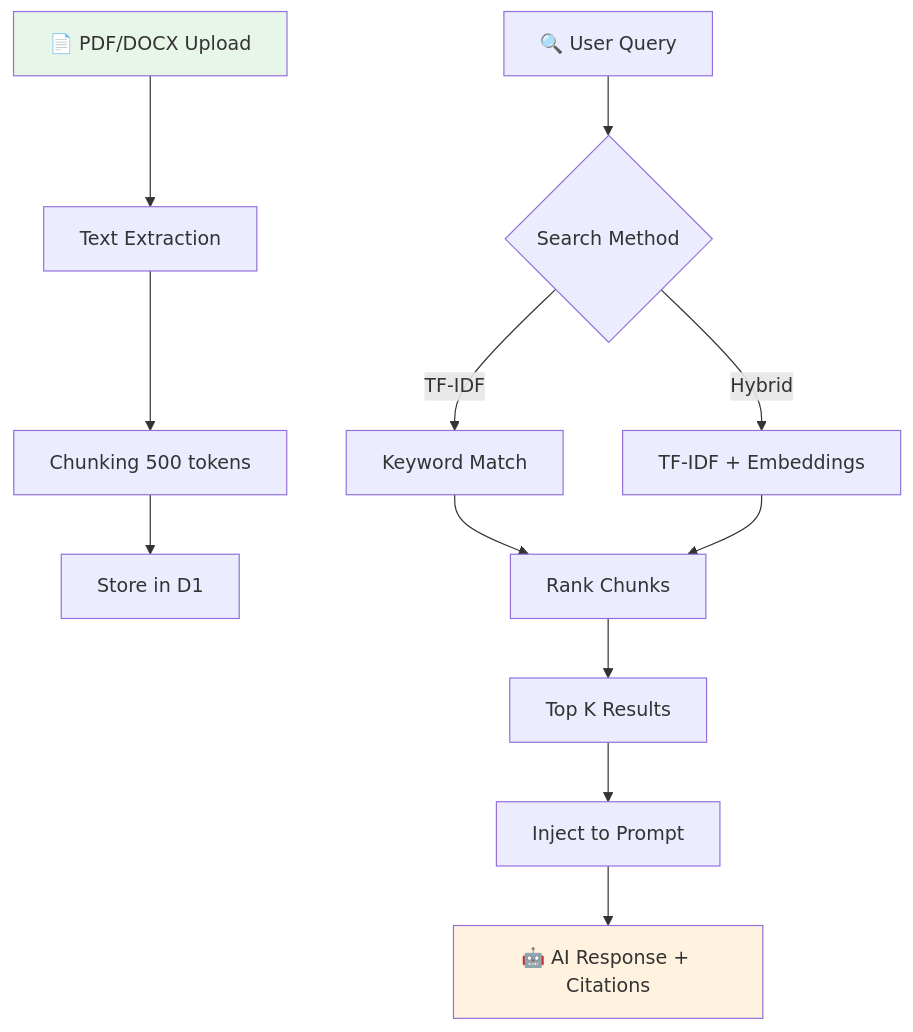
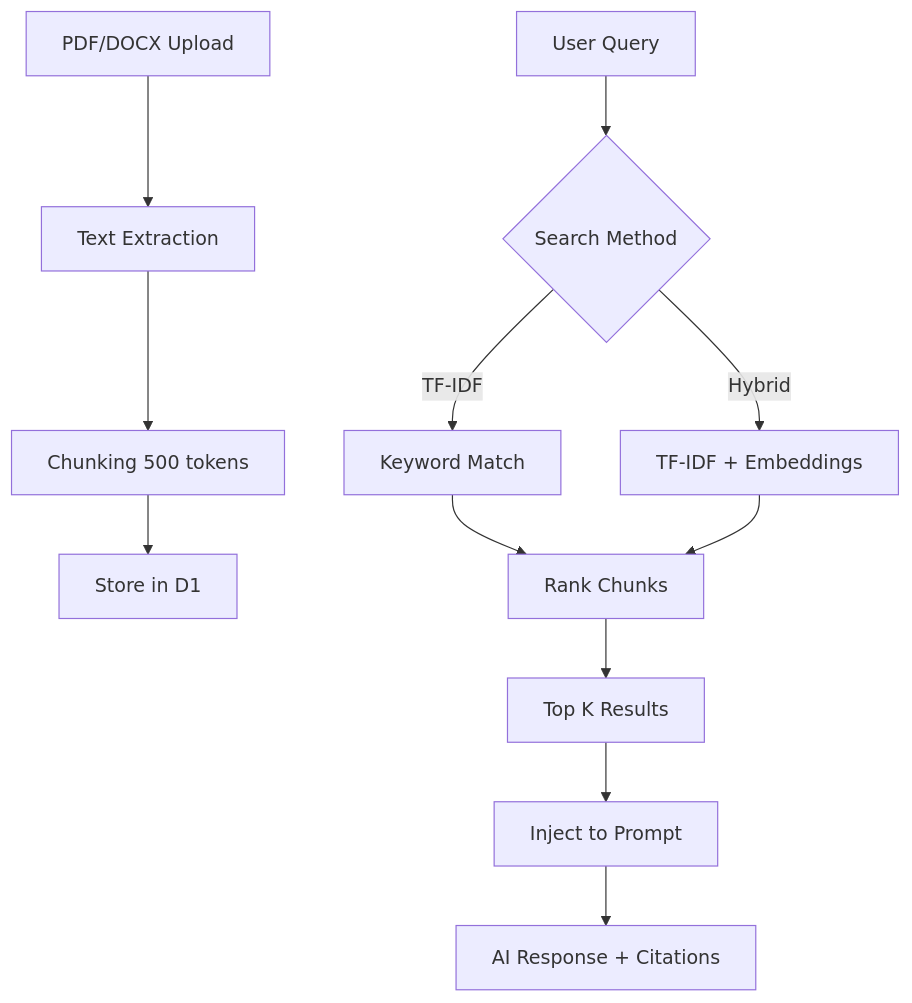
The third of 4 diagrams in README.md (LongNgn204/taodeonline), drawn with Mermaid before and after one commit. The commit also changed other lines of this file, not shown here.

````diff
--- a/README.md
+++ b/README.md
@@ -155,21 +150,18 @@
 ```mermaid
 flowchart TD
-    A[📄 PDF/DOCX Upload] --> B[Text Extraction]
+    A[PDF/DOCX Upload] --> B[Text Extraction]
     B --> C[Chunking 500 tokens]
     C --> D[Store in D1]
     
-    E[🔍 User Query] --> F{Search Method}
+    E[User Query] --> F{Search Method}
     
     F -->|TF-IDF| G[Keyword Match]
     F -->|Hybrid| H[TF-IDF + Embeddings]
     
     G --> I[Rank Chunks]
     H --> I
     
     I --> J[Top K Results]
     J --> K[Inject to Prompt]
-    K --> L[🤖 AI Response + Citations]
-    
-    style A fill:#e8f5e9
-    style L fill:#fff3e0
+    K --> L[AI Response + Citations]
 ```
````
